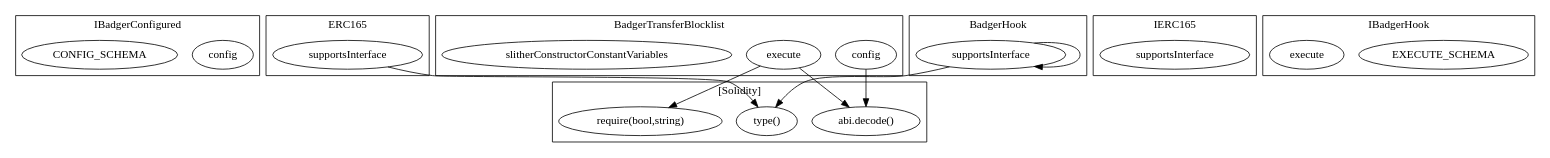
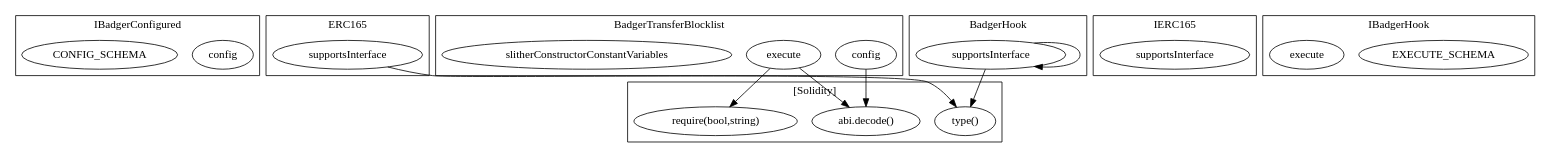
Before and after one commit to FlipsideCrypto/badger: the diagram in contracts/build/...BadgerTransferBlocklist.call-graph.dot, drawn with Graphviz. The commit also changed other lines of this file and 20 other files, not shown here.

```diff
--- a/contracts/build/...BadgerTransferBlocklist.call-graph.dot
+++ b/contracts/build/...BadgerTransferBlocklist.call-graph.dot
@@ -1,36 +1,36 @@
 strict digraph {
 subgraph cluster_6468_IBadgerConfigured {
 label = "IBadgerConfigured"
 "6468_config" [label="config"]
 "6468_CONFIG_SCHEMA" [label="CONFIG_SCHEMA"]
 }subgraph cluster_3081_ERC165 {
 label = "ERC165"
 "3081_supportsInterface" [label="supportsInterface"]
 }subgraph cluster_6068_BadgerTransferBlocklist {
 label = "BadgerTransferBlocklist"
 "6068_config" [label="config"]
 "6068_execute" [label="execute"]
 "6068_slitherConstructorConstantVariables" [label="slitherConstructorConstantVariables"]
 }subgraph cluster_3093_IERC165 {
 label = "IERC165"
 "3093_supportsInterface" [label="supportsInterface"]
 }subgraph cluster_6488_IBadgerHook {
 label = "IBadgerHook"
 "6488_EXECUTE_SCHEMA" [label="EXECUTE_SCHEMA"]
 "6488_execute" [label="execute"]
 }subgraph cluster_4956_BadgerHook {
 label = "BadgerHook"
 "4956_supportsInterface" [label="supportsInterface"]
 "4956_supportsInterface" -> "4956_supportsInterface"
 }subgraph cluster_solidity {
 label = "[Solidity]"
-"type()" 
 "require(bool,string)" 
 "abi.decode()" 
+"type()" 
+"6068_execute" -> "require(bool,string)"
+"6068_execute" -> "abi.decode()"
+"6068_config" -> "abi.decode()"
 "3081_supportsInterface" -> "type()"
-"6068_execute" -> "abi.decode()"
 "4956_supportsInterface" -> "type()"
-"6068_execute" -> "require(bool,string)"
-"6068_config" -> "abi.decode()"
 }
 }
```
